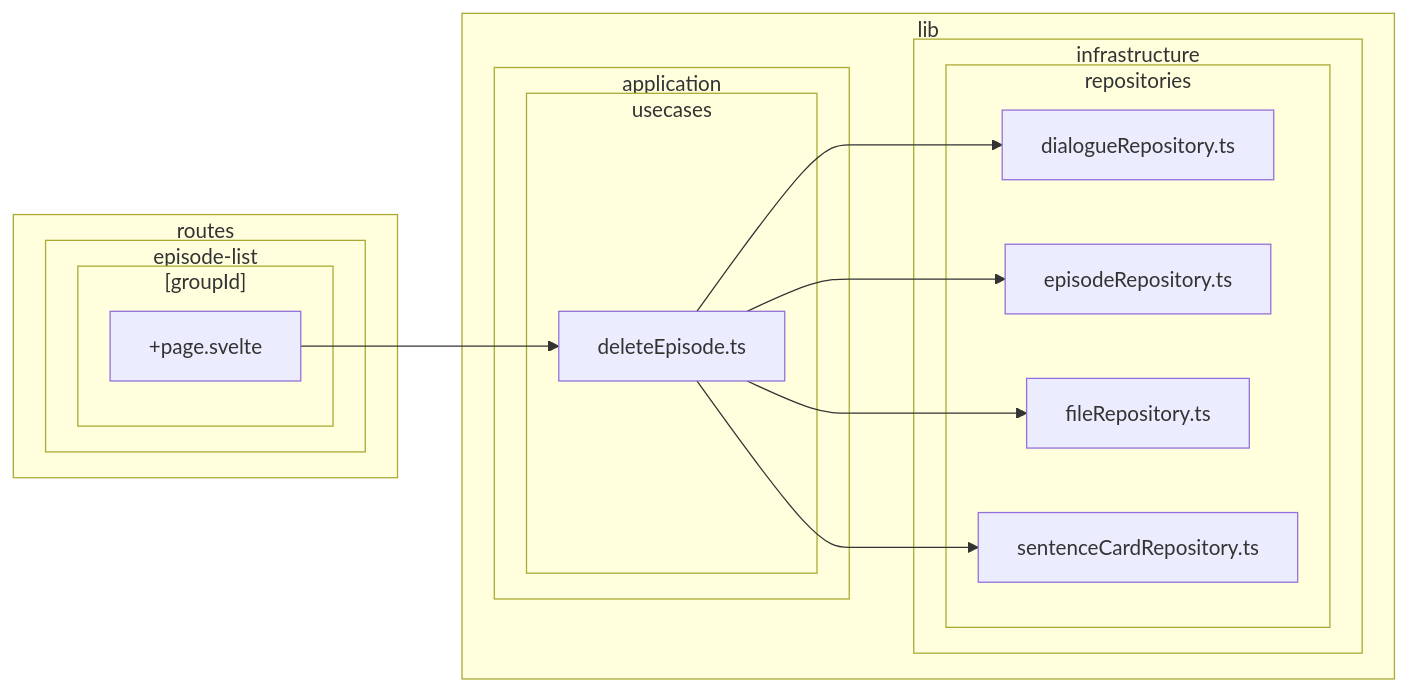
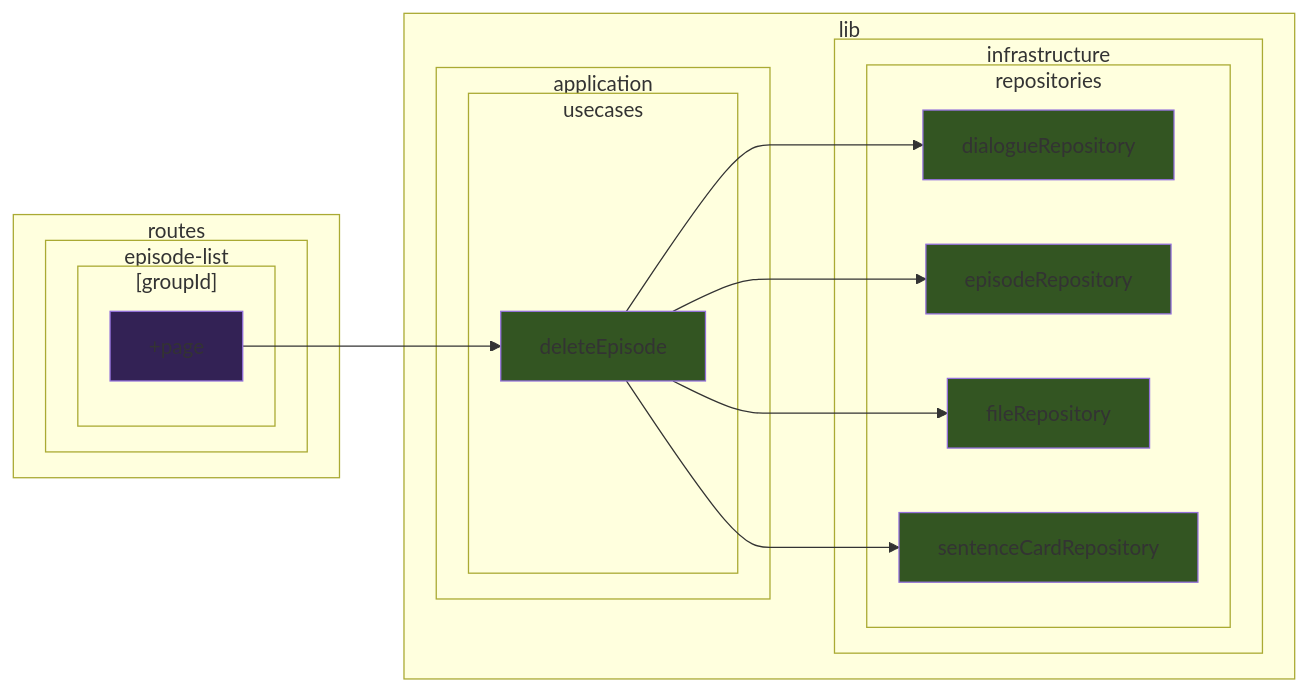
Before and after one commit to k5n/kotonoha: the tenth of 39 diagrams in doc/dependency-graph.md, drawn with Mermaid. The commit also changed other lines of this file, not shown here.

````diff
--- a/doc/dependency-graph.md
+++ b/doc/dependency-graph.md
@@ -421,30 +557,39 @@
 ```mermaid
 graph LR
+    classDef cssSvelteComponent fill:#325;
+    classDef cssSvelteScript fill:#535;
+    classDef cssTypeScript fill:#352;
         subgraph sg_lib ["lib"]
             subgraph sg_lib_application ["application"]
                 subgraph sg_lib_application_usecases ["usecases"]
-                    src_lib_application_usecases_deleteEpisode_ts["deleteEpisode.ts"]
+                    src_lib_application_usecases_deleteEpisode_ts["deleteEpisode"]
                 end
             end
             subgraph sg_lib_infrastructure ["infrastructure"]
                 subgraph sg_lib_infrastructure_repositories ["repositories"]
-                    src_lib_infrastructure_repositories_dialogueRepository_ts["dialogueRepository.ts"]
-                    src_lib_infrastructure_repositories_episodeRepository_ts["episodeRepository.ts"]
-                    src_lib_infrastructure_repositories_fileRepository_ts["fileRepository.ts"]
-                    src_lib_infrastructure_repositories_sentenceCardRepository_ts["sentenceCardRepository.ts"]
+                    src_lib_infrastructure_repositories_dialogueRepository_ts["dialogueRepository"]
+                    src_lib_infrastructure_repositories_episodeRepository_ts["episodeRepository"]
+                    src_lib_infrastructure_repositories_fileRepository_ts["fileRepository"]
+                    src_lib_infrastructure_repositories_sentenceCardRepository_ts["sentenceCardRepository"]
                 end
             end
         end
         subgraph sg_routes ["routes"]
             subgraph sg_routes_episode_list ["episode-list"]
                 subgraph sg_routes_episode_list__groupId_ ["[groupId]"]
-                    src_routes_episode_list__groupId___page_svelte["+page.svelte"]
+                    src_routes_episode_list__groupId___page_svelte["+page"]
                 end
             end
         end
     src_lib_application_usecases_deleteEpisode_ts --> src_lib_infrastructure_repositories_dialogueRepository_ts
     src_lib_application_usecases_deleteEpisode_ts --> src_lib_infrastructure_repositories_episodeRepository_ts
     src_lib_application_usecases_deleteEpisode_ts --> src_lib_infrastructure_repositories_fileRepository_ts
     src_lib_application_usecases_deleteEpisode_ts --> src_lib_infrastructure_repositories_sentenceCardRepository_ts
     src_routes_episode_list__groupId___page_svelte --> src_lib_application_usecases_deleteEpisode_ts
+    class src_lib_application_usecases_deleteEpisode_ts cssTypeScript
+    class src_lib_infrastructure_repositories_dialogueRepository_ts cssTypeScript
+    class src_lib_infrastructure_repositories_episodeRepository_ts cssTypeScript
+    class src_lib_infrastructure_repositories_fileRepository_ts cssTypeScript
+    class src_lib_infrastructure_repositories_sentenceCardRepository_ts cssTypeScript
+    class src_routes_episode_list__groupId___page_svelte cssSvelteComponent
 ```
````
